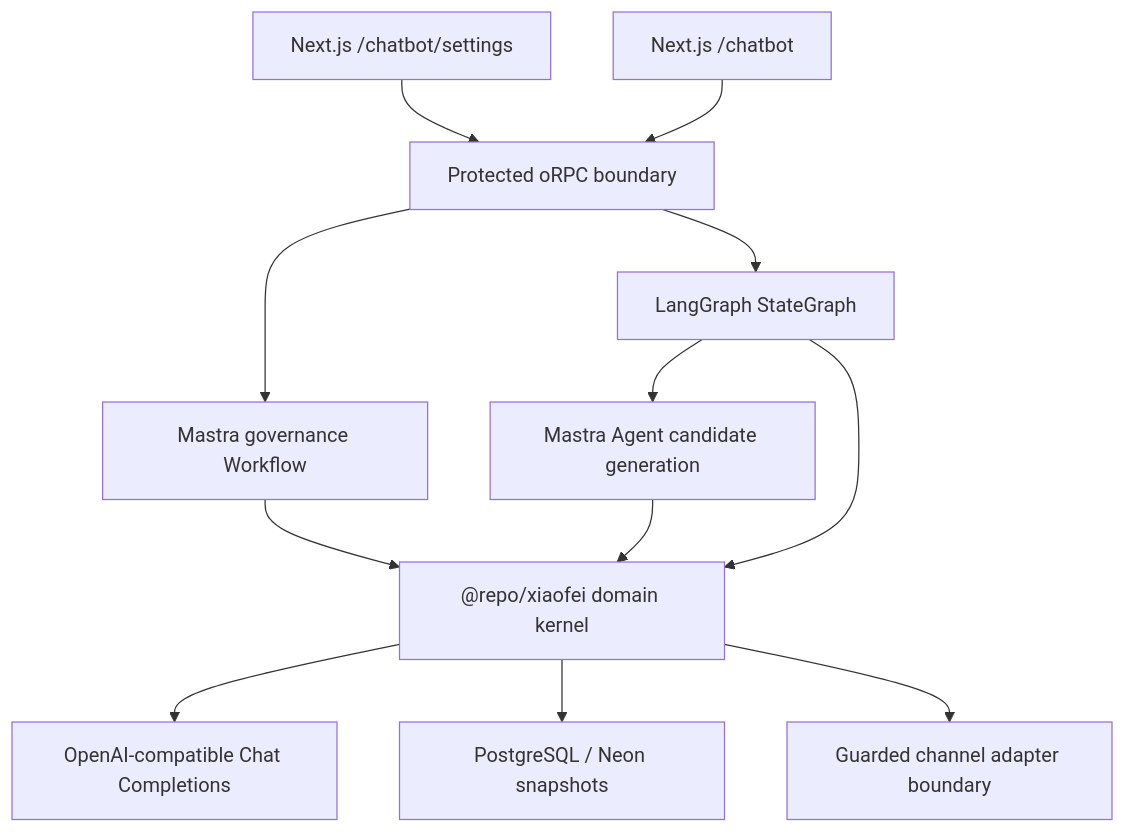
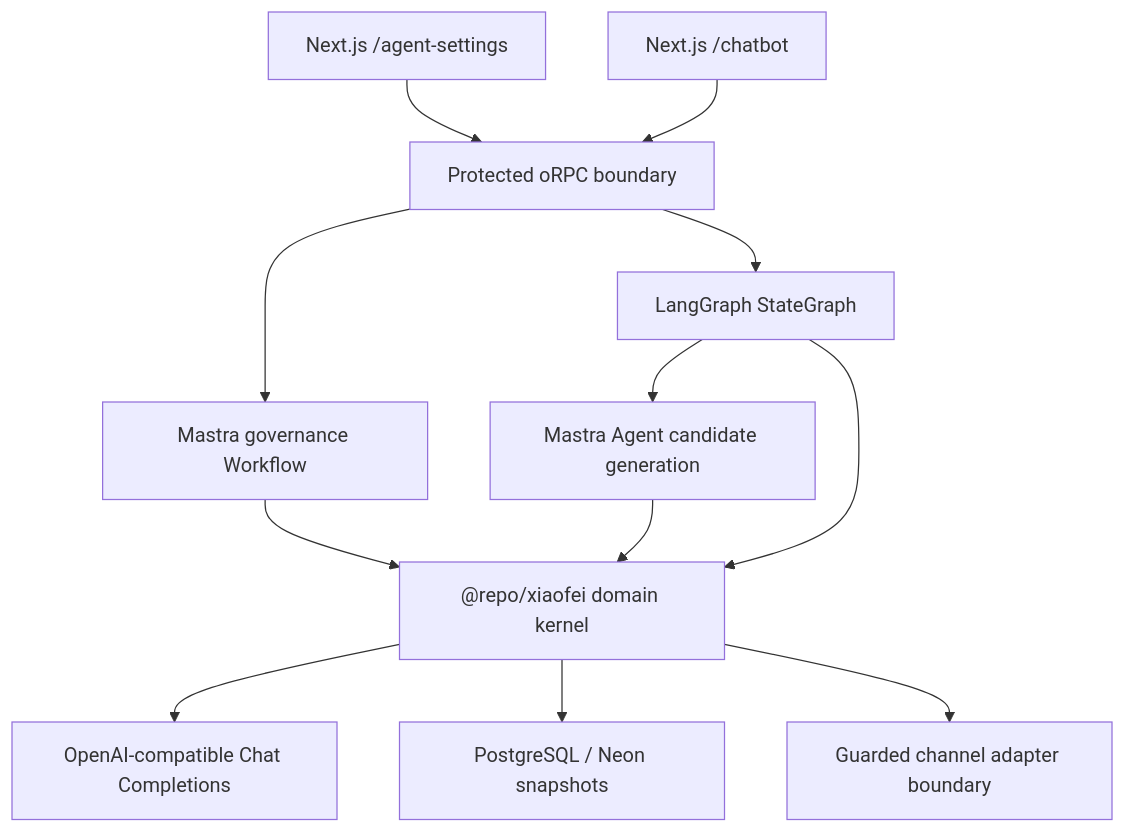
One commit to pjxkqc/xiaofei changed the diagram in README.md. Above: the diagram before and after it, drawn with Mermaid. The commit also changed other lines of this file and 6 other files, not shown here.

````diff
--- a/README.md
+++ b/README.md
@@ -33,14 +33,14 @@
 ```mermaid
 flowchart TD
-  SETTINGS["Next.js /chatbot/settings"] --> API["Protected oRPC boundary"]
+  SETTINGS["Next.js /agent-settings"] --> API["Protected oRPC boundary"]
   CHAT["Next.js /chatbot"] --> API
   API --> GOVERN["Mastra governance Workflow"]
   API --> LANGGRAPH["LangGraph StateGraph"]
   LANGGRAPH --> MASTRA["Mastra Agent candidate generation"]
   GOVERN --> DOMAIN["@repo/xiaofei domain kernel"]
   MASTRA --> DOMAIN
   LANGGRAPH --> DOMAIN
   DOMAIN --> MODEL["OpenAI-compatible Chat Completions"]
   DOMAIN --> DB["PostgreSQL / Neon snapshots"]
   DOMAIN --> SEND["Guarded channel adapter boundary"]
 ```
````
